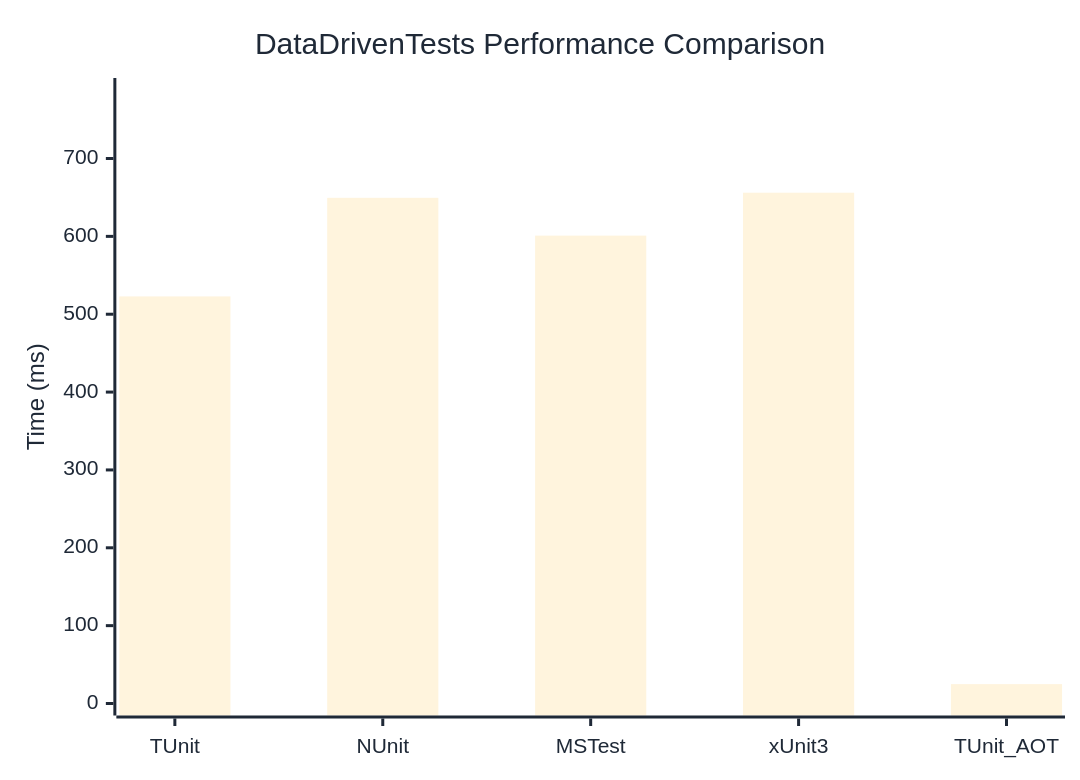
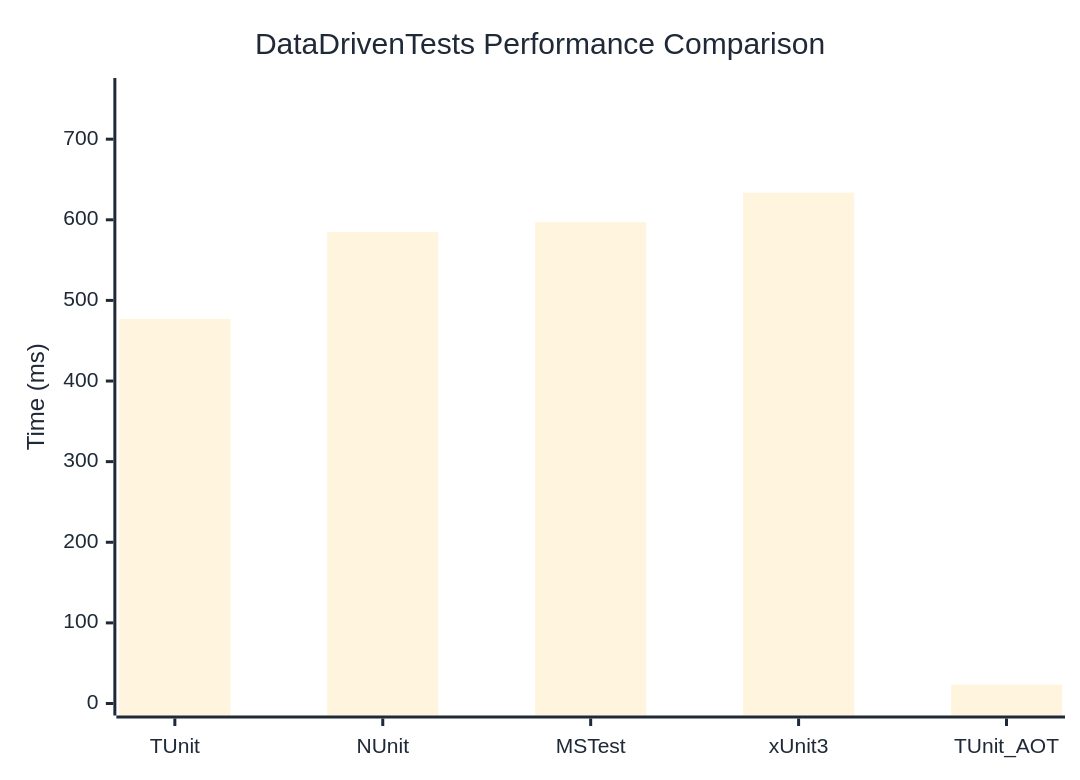
One commit to thomhurst/TUnit changed the diagram in docs/docs/benchmarks/DataDrivenTests.md. Above: the diagram before and after it, drawn with Mermaid. The commit also changed other lines of this file and 17 other files, not shown here.

````diff
--- a/docs/docs/benchmarks/DataDrivenTests.md
+++ b/docs/docs/benchmarks/DataDrivenTests.md
@@ -27,37 +27,37 @@
 ```mermaid
 %%{init: {
   'theme':'base',
   'themeVariables': {
     'primaryColor': '#2563eb',
     'primaryTextColor': '#1f2937',
     'primaryBorderColor': '#1e40af',
     'lineColor': '#6b7280',
     'secondaryColor': '#7c3aed',
     'tertiaryColor': '#dc2626',
     'background': '#ffffff',
     'mainBkg': '#2563eb',
     'secondBkg': '#7c3aed',
     'tertiaryBkg': '#dc2626',
     'clusterBkg': '#f3f4f6',
     'edgeLabelBackground': '#ffffff',
     'tertiaryTextColor': '#1f2937',
     'pie1': '#2563eb',
     'pie2': '#7c3aed',
     'pie3': '#dc2626',
     'pie4': '#f59e0b',
     'pie5': '#10b981',
     'pie6': '#06b6d4',
     'pie7': '#ec4899',
     'pie8': '#6366f1',
     'pie9': '#84cc16',
     'pie10': '#f97316',
     'pie11': '#14b8a6',
     'pie12': '#a855f7'
   }
 }}%%
 xychart-beta
   title "DataDrivenTests Performance Comparison"
   x-axis ["TUnit", "NUnit", "MSTest", "xUnit3", "TUnit_AOT"]
-  y-axis "Time (ms)" 0 --> 788
-  bar [522.88, 649.5, 600.97, 656.1, 24.89]
+  y-axis "Time (ms)" 0 --> 761
+  bar [477.09, 584.72, 597.04, 633.55, 23.38]
 ```
````
